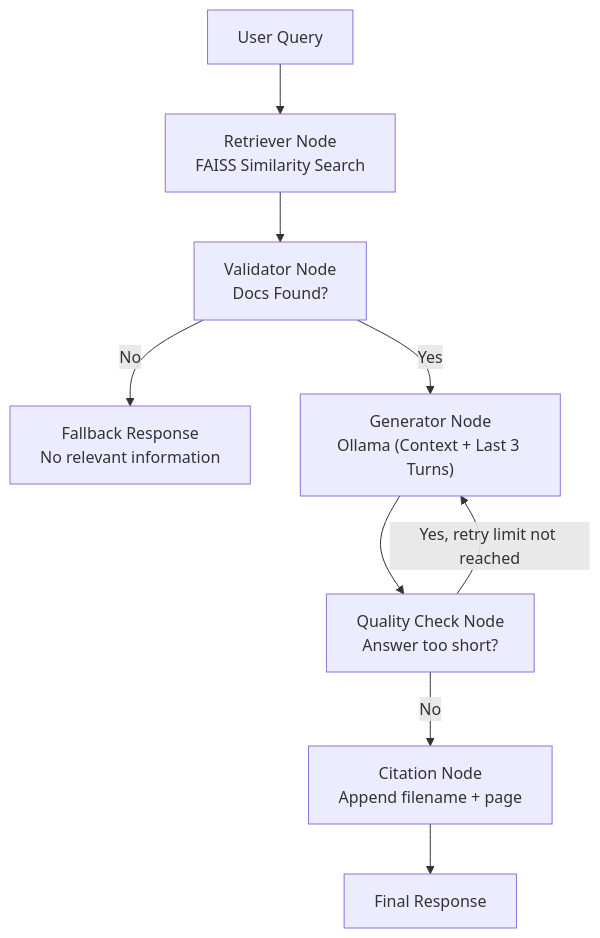
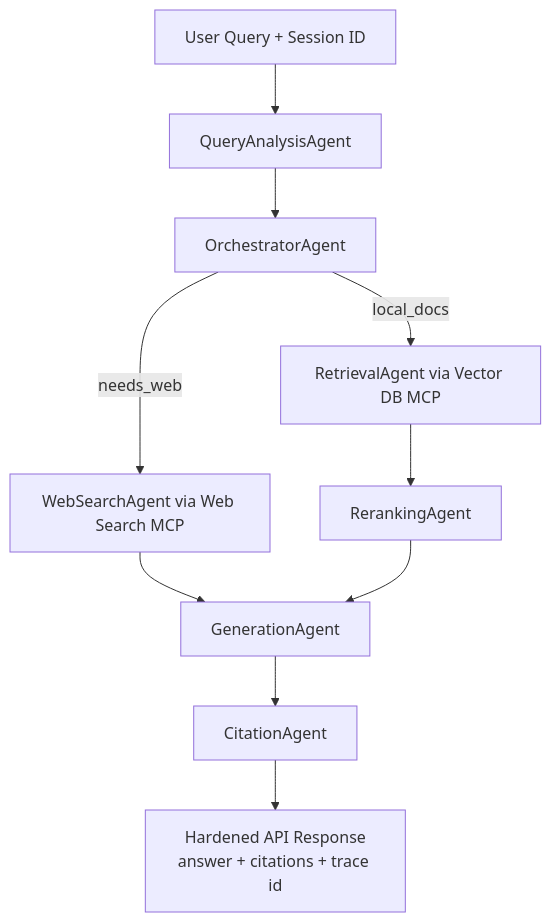
The diagram in README.md (itsmepraksh/rag_app_assignment), drawn with Mermaid before and after one commit. The commit also changed other lines of this file and 29 other files, not shown here.

Commit message:
Complete phases 0-9: MCP, hybrid retrieval, memory, API hardening, frontend, docs, and QA

````diff
--- a/README.md
+++ b/README.md
@@ -97,11 +51,12 @@
 ```mermaid
 flowchart TD
-    A["User Query"] --> B["Retriever Node<br/>FAISS Similarity Search"]
-    B --> C["Validator Node<br/>Docs Found?"]
-    C -->|No| Z["Fallback Response<br/>No relevant information"]
-    C -->|Yes| D["Generator Node<br/>Ollama (Context + Last 3 Turns)"]
-    D --> E["Quality Check Node<br/>Answer too short?"]
-    E -->|Yes, retry limit not reached| D
-    E -->|No| F["Citation Node<br/>Append filename + page"]
-    F --> G["Final Response"]
+    Q["User Query + Session ID"] --> QA["QueryAnalysisAgent"]
+    QA --> ORCH["OrchestratorAgent"]
+    ORCH -->|needs_web| WS["WebSearchAgent via Web Search MCP"]
+    ORCH -->|local_docs| RET["RetrievalAgent via Vector DB MCP"]
+    WS --> GEN["GenerationAgent"]
+    RET --> RR["RerankingAgent"]
+    RR --> GEN
+    GEN --> CIT["CitationAgent"]
+    CIT --> API["Hardened API Response<br/>answer + citations + trace id"]
 ```
````
